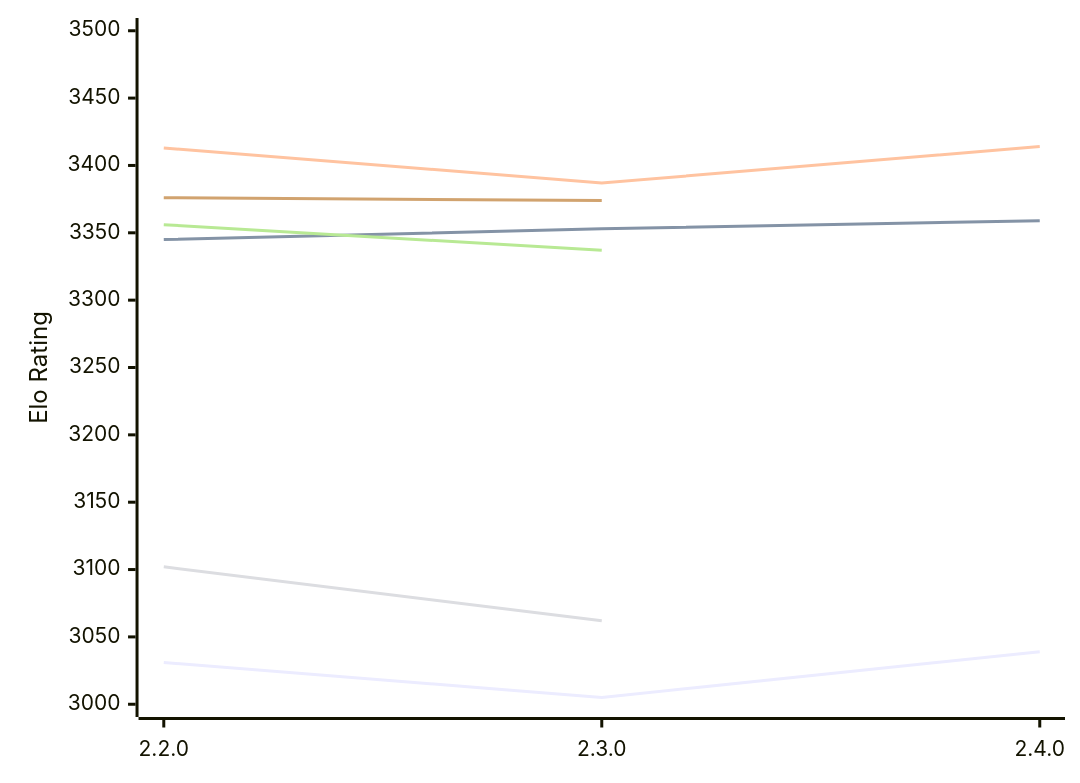
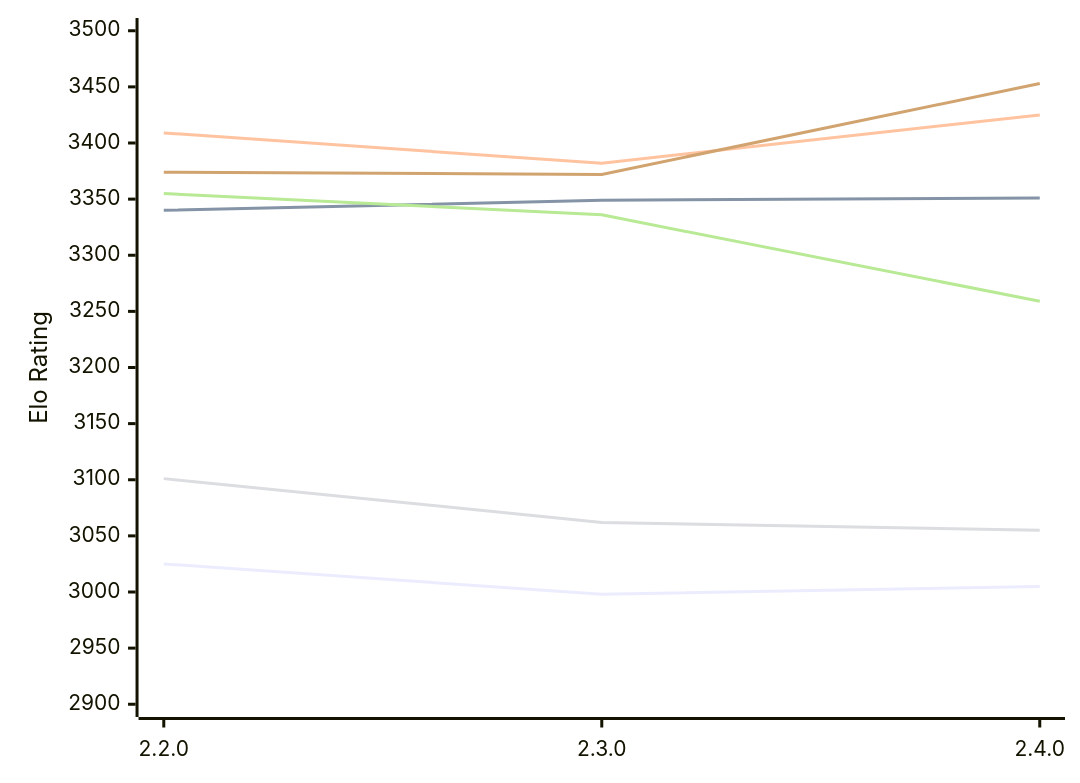
The diagram in engines/Endspiel.md (computer-chess-index/cci), drawn with Mermaid before and after one commit. The commit also changed other lines of this file, not shown here.

Commit message:
Update CCI Ratings (ELO VLTC) - 2026-11-26

````diff
--- a/engines/Endspiel.md
+++ b/engines/Endspiel.md
@@ -50,12 +51,12 @@
 ```mermaid
 %%{init: {"theme":"base","themeVariables":{"seriesColors:['#a3a3a3','#222221','#faa371']}}}%%
 xychart-beta
   x-axis ["2.2.0", "2.3.0", "2.4.0"]
-  y-axis "Elo Rating" 3000 --> 3500
-  line "E1: STC (8.0+0.08s)" [3031, 3005, 3039]
-  line "E1: LTC (60.0+0.60s)" [3345, 3353, 3359]
-  line "E1: VLTC (2m24s+1.12s)" [3413, 3387, 3414]
-  line "P1: STC (8.0+0.08s)" [3102, 3062]
-  line "P1: LTC (60.0+0.60s)" [3356, 3337]
-  line "P1: VLTC (2m24s+1.12s)" [3376, 3374]
+  y-axis "Elo Rating" 2900 --> 3500
+  line "E1: STC (8.0+0.08s)" [3025, 2998, 3005]
+  line "E1: LTC (60.0+0.60s)" [3340, 3349, 3351]
+  line "E1: VLTC (2m24s+1.12s)" [3409, 3382, 3425]
+  line "P1: STC (8.0+0.08s)" [3101, 3062, 3055]
+  line "P1: LTC (60.0+0.60s)" [3355, 3336, 3259]
+  line "P1: VLTC (2m24s+1.12s)" [3374, 3372, 3453]
 ```
````
